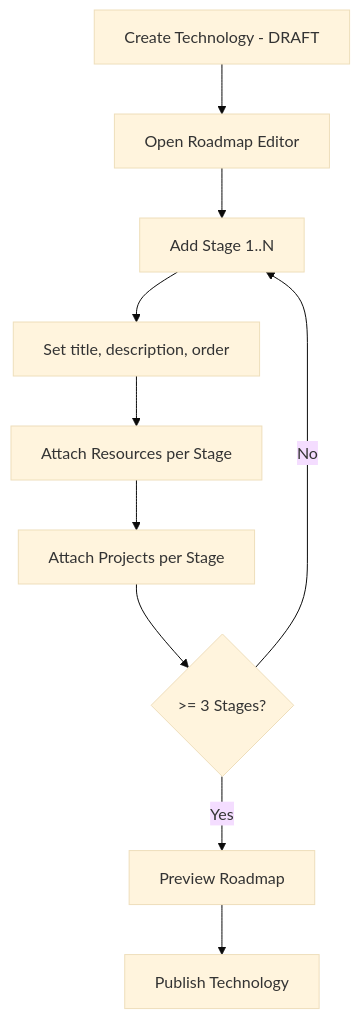
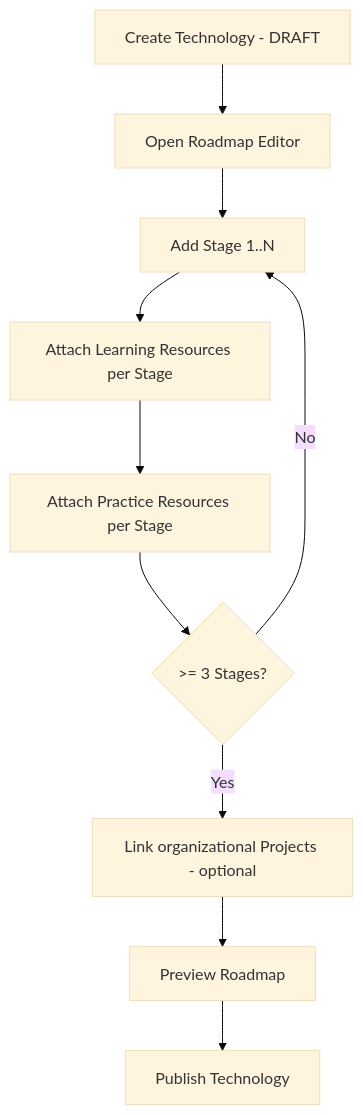
The fifth of 5 diagrams in docs/v0.8.0/04-user-flows.md (Kamaleshwarr/Infras-Learnhub), drawn with Mermaid (base theme) before and after one commit. The commit also changed other lines of this file and 8 other files, not shown here.

````diff
--- a/docs/v0.8.0/04-user-flows.md
+++ b/docs/v0.8.0/04-user-flows.md
@@ -260,12 +225,12 @@
 ```mermaid
 flowchart TD
     A[Create Technology - DRAFT] --> B[Open Roadmap Editor]
     B --> C[Add Stage 1..N]
-    C --> D[Set title, description, order]
-    D --> E[Attach Resources per Stage]
-    E --> F[Attach Projects per Stage]
-    F --> G{>= 3 Stages?}
-    G -->|No| C
-    G -->|Yes| H[Preview Roadmap]
+    C --> D[Attach Learning Resources per Stage]
+    D --> E[Attach Practice Resources per Stage]
+    E --> F{>= 3 Stages?}
+    F -->|No| C
+    F -->|Yes| G[Link organizational Projects - optional]
+    G --> H[Preview Roadmap]
     H --> I[Publish Technology]
 ```
````
